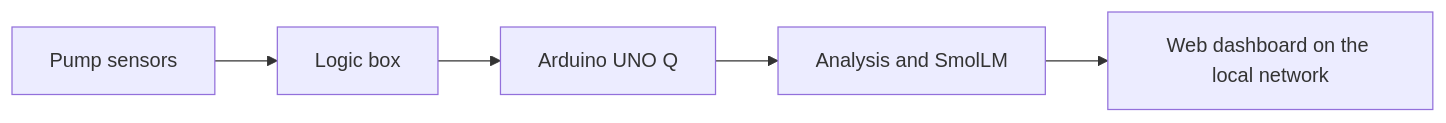
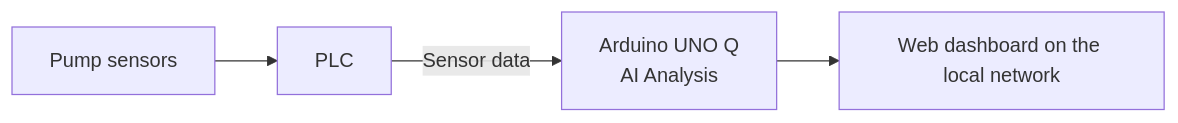
The diagram in README.md (03pencil/vAInu), drawn with Mermaid before and after one commit. The commit also changed other lines of this file, not shown here.

````diff
--- a/README.md
+++ b/README.md
@@ -18,7 +18,6 @@
 ```mermaid
 flowchart LR
-    A[Pump sensors] --> B[Logic box]
-    B --> C[Arduino UNO Q]
-    C --> D[Analysis and SmolLM]
-    D --> E[Web dashboard on the local network]
+    A[Pump sensors] --> B[PLC]
+    B -->|Sensor data| C[Arduino UNO Q<br/>AI Analysis]
+    C --> D[Web dashboard on the local network]
 ```
````
